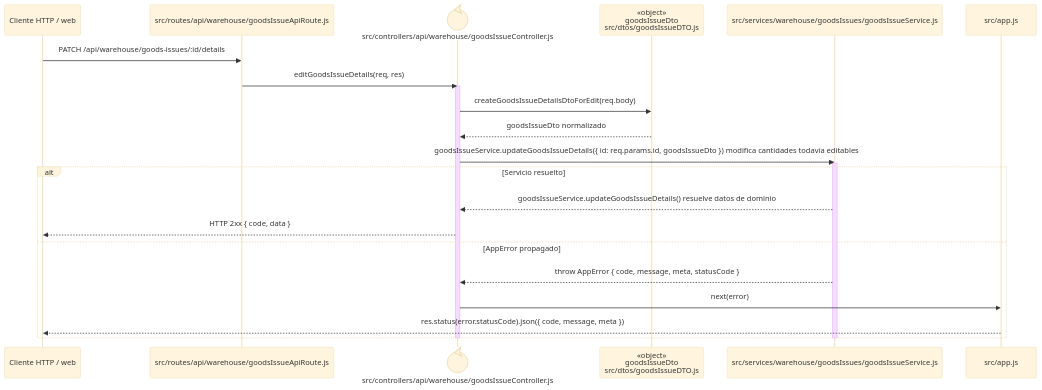
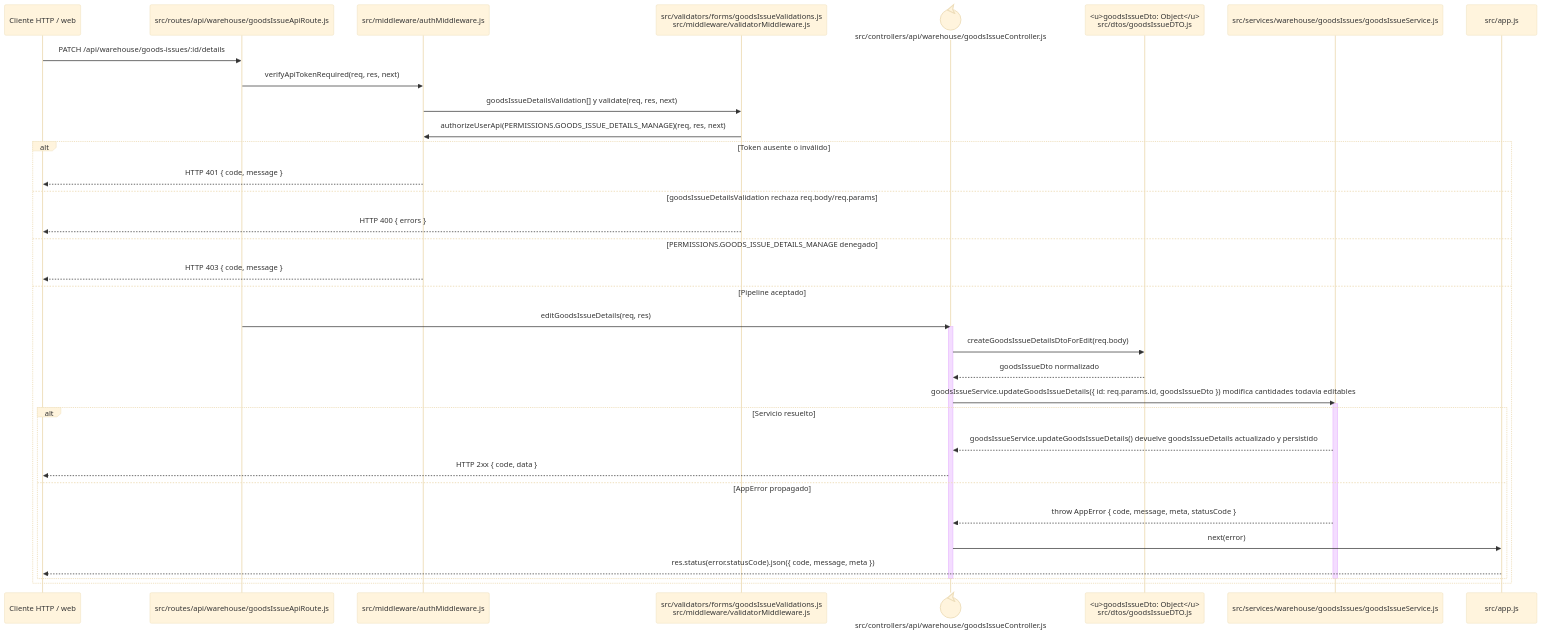
One commit to gpgsistemas01/nexus changed the diagram in docs/architecture/backend-code-sequences/issues/cu-sal-04.md. Above: the diagram before and after it, drawn with Mermaid (base theme). The commit also changed 102 other files, not shown here.

````diff
--- a/docs/architecture/backend-code-sequences/issues/cu-sal-04.md
+++ b/docs/architecture/backend-code-sequences/issues/cu-sal-04.md
@@ -6,27 +6,40 @@
 ```mermaid
 sequenceDiagram
     participant Client as Cliente HTTP / web
     participant Route as src/routes/api/warehouse/goodsIssueApiRoute.js
+    participant Auth as src/middleware/authMiddleware.js
+    participant Validator as src/validators/forms/goodsIssueValidations.js<br/>src/middleware/validatorMiddleware.js
     participant Controller@{ "type": "control" } as src/controllers/api/warehouse/goodsIssueController.js
-    participant IssueDto as «object»<br/>goodsIssueDto<br/>src/dtos/goodsIssueDTO.js
+    participant IssueDto as <u>goodsIssueDto: Object</u><br/>src/dtos/goodsIssueDTO.js
     participant Domain as src/services/warehouse/goodsIssues/goodsIssueService.js
     participant ErrorHandler as src/app.js
 
     Client->>Route: PATCH /api/warehouse/goods-issues/:id/details
-    Route->>Controller: editGoodsIssueDetails(req, res)
-    activate Controller
-    Controller->>IssueDto: createGoodsIssueDetailsDtoForEdit(req.body)
-    IssueDto-->>Controller: goodsIssueDto normalizado
-    Controller->>Domain: goodsIssueService.updateGoodsIssueDetails({ id: req.params.id, goodsIssueDto }) modifica cantidades todavía editables
-    activate Domain
-    alt Servicio resuelto
-        Domain-->>Controller: goodsIssueService.updateGoodsIssueDetails() resuelve datos de dominio
-        Controller-->>Client: HTTP 2xx { code, data }
-    else AppError propagado
-        Domain-->>Controller: throw AppError { code, message, meta, statusCode }
-        Controller->>ErrorHandler: next(error)
-        ErrorHandler-->>Client: res.status(error.statusCode).json({ code, message, meta })
+    Route->>Auth: verifyApiTokenRequired(req, res, next)
+    Auth->>Validator: goodsIssueDetailsValidation[] y validate(req, res, next)
+    Validator->>Auth: authorizeUserApi(PERMISSIONS.GOODS_ISSUE_DETAILS_MANAGE)(req, res, next)
+    alt Token ausente o inválido
+        Auth-->>Client: HTTP 401 { code, message }
+    else goodsIssueDetailsValidation rechaza req.body/req.params
+        Validator-->>Client: HTTP 400 { errors }
+    else PERMISSIONS.GOODS_ISSUE_DETAILS_MANAGE denegado
+        Auth-->>Client: HTTP 403 { code, message }
+    else Pipeline aceptado
+        Route->>Controller: editGoodsIssueDetails(req, res)
+        activate Controller
+        Controller->>IssueDto: createGoodsIssueDetailsDtoForEdit(req.body)
+        IssueDto-->>Controller: goodsIssueDto normalizado
+        Controller->>Domain: goodsIssueService.updateGoodsIssueDetails({ id: req.params.id, goodsIssueDto }) modifica cantidades todavía editables
+        activate Domain
+        alt Servicio resuelto
+            Domain-->>Controller: goodsIssueService.updateGoodsIssueDetails() devuelve goodsIssueDetails actualizado y persistido
+            Controller-->>Client: HTTP 2xx { code, data }
+        else AppError propagado
+            Domain-->>Controller: throw AppError { code, message, meta, statusCode }
+            Controller->>ErrorHandler: next(error)
+            ErrorHandler-->>Client: res.status(error.statusCode).json({ code, message, meta })
+        end
+        deactivate Domain
+        deactivate Controller
     end
-    deactivate Domain
-    deactivate Controller
 ```
````
